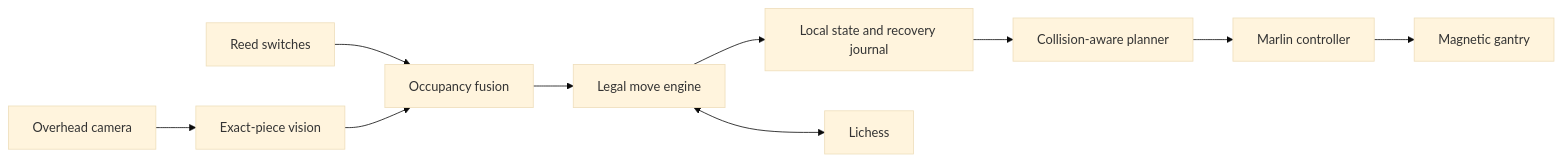
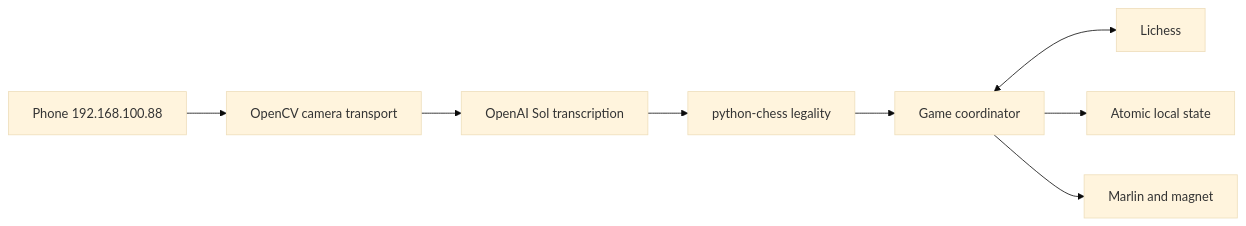
Before and after one commit to BasilAmin/Chess: the diagram in README.md, drawn with Mermaid (base theme). The commit also changed other lines of this file and 41 other files, not shown here.

Commit message:
feat: complete Sol vision game system

````diff
--- a/README.md
+++ b/README.md
@@ -39,12 +16,10 @@
 ```mermaid
 flowchart LR
-  C[Overhead camera] --> V[Exact-piece vision]
-  R[Reed switches] --> F[Occupancy fusion]
-  V --> F
-  F --> L[Legal move engine]
-  L --> S[Local state and recovery journal]
-  L <--> H[Lichess]
-  S --> P[Collision-aware planner]
-  P --> M[Marlin controller]
-  M --> G[Magnetic gantry]
+  P[Phone 192.168.100.88] --> O[OpenCV camera transport]
+  O --> L[OpenAI Sol transcription]
+  L --> C[python-chess legality]
+  C --> G[Game coordinator]
+  G <--> H[Lichess]
+  G --> S[Atomic local state]
+  G --> M[Marlin and magnet]
 ```
````
